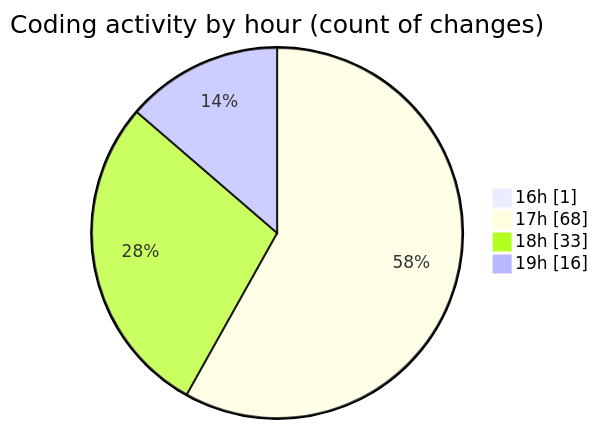
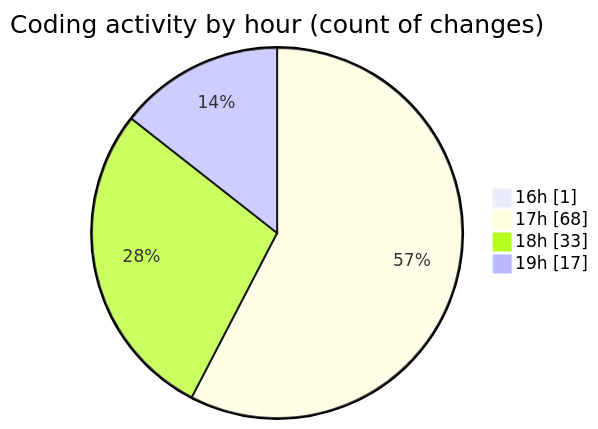
The second of 2 diagrams in 2025-05-27/studio-backend/README.md (idhammustaqopulfikri/code-tracking), drawn with Mermaid before and after one commit. The commit also changed other lines of this file and 1 other file, not shown here.

````diff
--- a/2025-05-27/studio-backend/README.md
+++ b/2025-05-27/studio-backend/README.md
@@ -64,8 +64,8 @@
 ```mermaid
 pie showData
 title Coding activity by hour (count of changes)
 "16h" : 1
 "17h" : 68
 "18h" : 33
-"19h" : 16
+"19h" : 17
 ```
````
